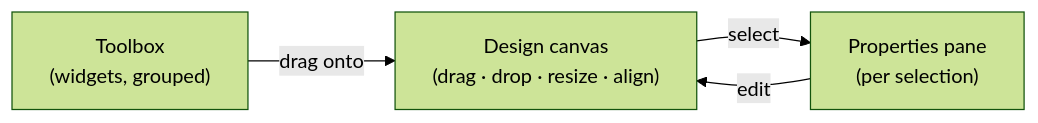
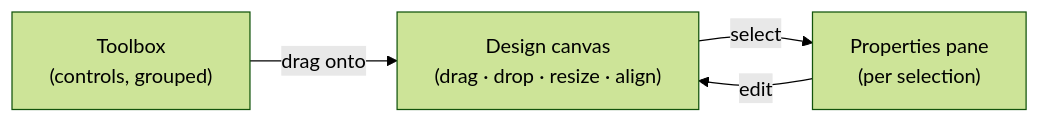
Before and after one commit to CloudLandBeta/PowerRustCOBOL: the fourth of 8 diagrams in docs/developers-guide-en.md, drawn with Mermaid (forest theme). The commit also changed other lines of this file and 147 other files, not shown here.

````diff
--- a/docs/developers-guide-en.md
+++ b/docs/developers-guide-en.md
@@ -433,9 +458,9 @@
 ```mermaid
 flowchart LR
-    TBX["Toolbox<br/>(widgets, grouped)"]
+    TBX["Toolbox<br/>(controls, grouped)"]
     CANVAS["Design canvas<br/>(drag · drop · resize · align)"]
     PROP["Properties pane<br/>(per selection)"]
     TBX -- "drag onto" --> CANVAS
     CANVAS -- "select" --> PROP
     PROP -- "edit" --> CANVAS
 ```
````
